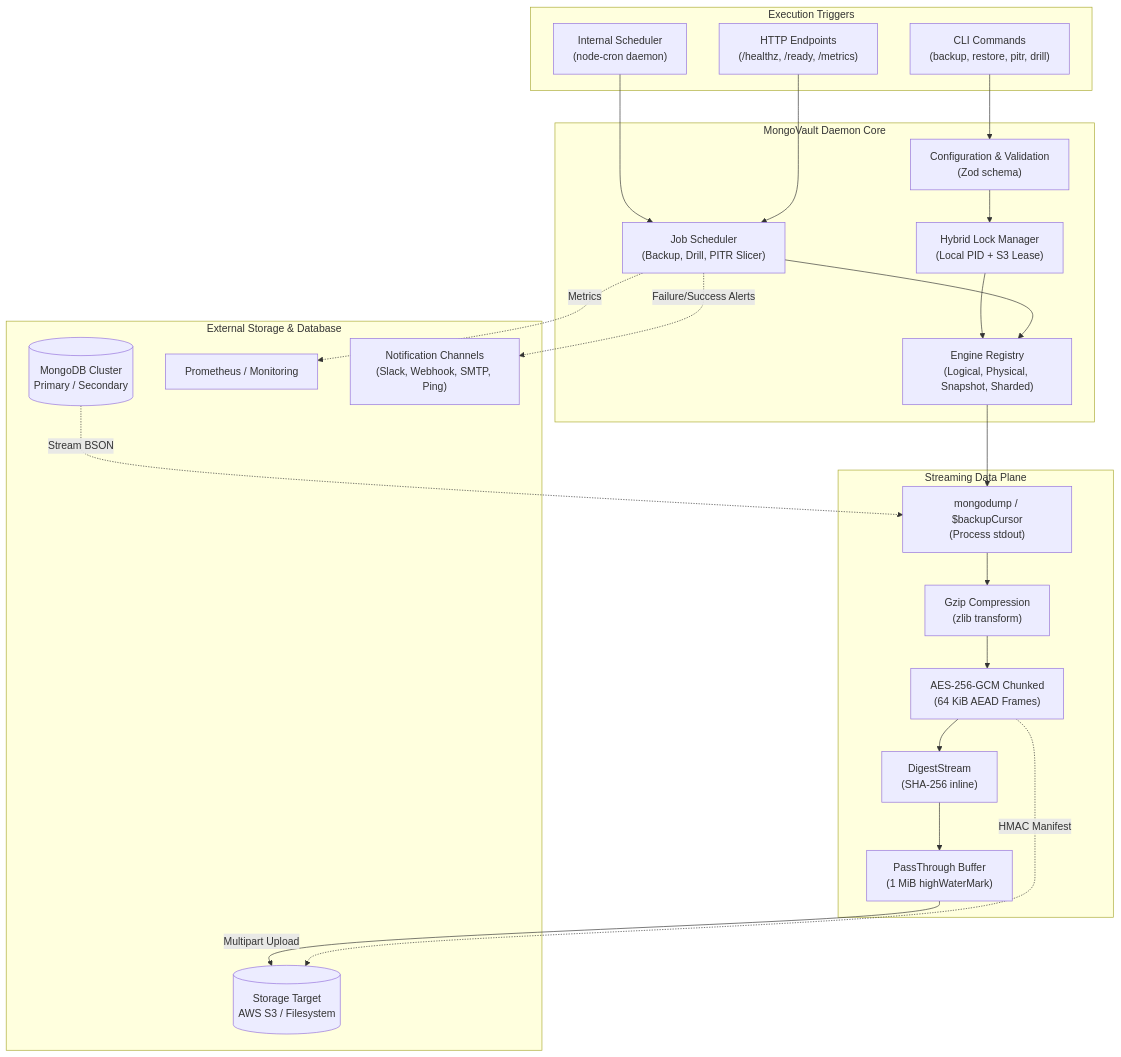
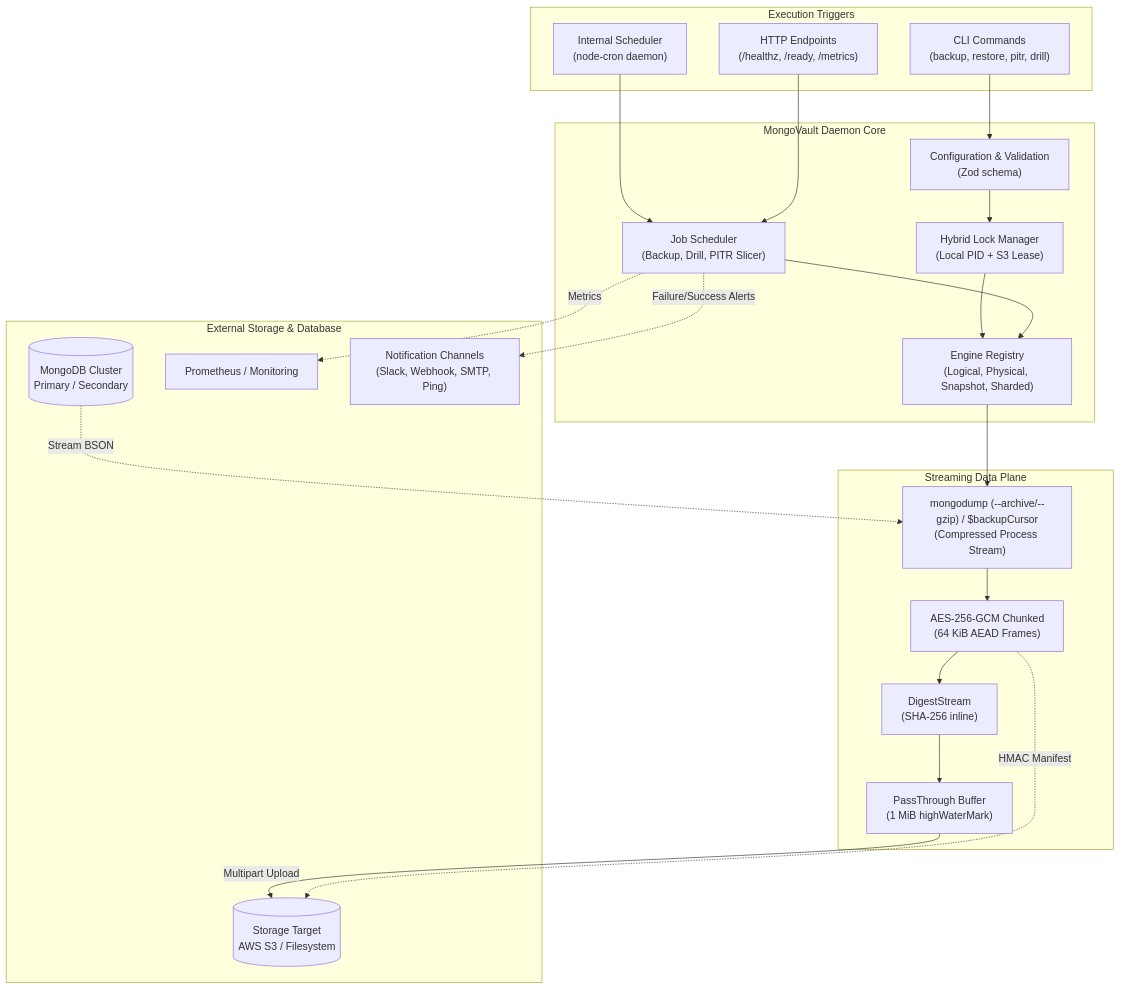
One commit to bhatbazik/MongoVault changed the first of 11 diagrams in README.md. Above: the diagram before and after it, drawn with Mermaid. The commit also changed other lines of this file and 9 other files, not shown here.

Commit message:
refactor: offload gzip compression to mongodump native stream

````diff
--- a/README.md
+++ b/README.md
@@ -190,46 +190,45 @@
 ```mermaid
 flowchart TD
     subgraph Client["Execution Triggers"]
         CLI["CLI Commands\n(backup, restore, pitr, drill)"]
         Cron["Internal Scheduler\n(node-cron daemon)"]
         HTTP["HTTP Endpoints\n(/healthz, /ready, /metrics)"]
     end
 
     subgraph Core["MongoVault Daemon Core"]
         Config["Configuration & Validation\n(Zod schema)"]
         LockMgr["Hybrid Lock Manager\n(Local PID + S3 Lease)"]
         Scheduler["Job Scheduler\n(Backup, Drill, PITR Slicer)"]
         Engines["Engine Registry\n(Logical, Physical, Snapshot, Sharded)"]
     end
 
     subgraph DataPlane["Streaming Data Plane"]
-        Dump["mongodump / $backupCursor\n(Process stdout)"]
-        Gzip["Gzip Compression\n(zlib transform)"]
+        Dump["mongodump (--archive/--gzip) / $backupCursor\n(Compressed Process Stream)"]
         Crypto["AES-256-GCM Chunked\n(64 KiB AEAD Frames)"]
         Digest["DigestStream\n(SHA-256 inline)"]
         PassThrough["PassThrough Buffer\n(1 MiB highWaterMark)"]
     end
 
     subgraph Target["External Storage & Database"]
         MongoDB[(MongoDB Cluster\nPrimary / Secondary)]
         Storage[(Storage Target\nAWS S3 / Filesystem)]
         Prometheus["Prometheus / Monitoring"]
         Alerts["Notification Channels\n(Slack, Webhook, SMTP, Ping)"]
     end
 
     CLI --> Config
     Cron --> Scheduler
     HTTP --> Scheduler
     Config --> LockMgr
     LockMgr --> Engines
     Scheduler --> Engines
 
     Engines --> Dump
     MongoDB -.->|Stream BSON| Dump
-    Dump --> Gzip --> Crypto --> Digest --> PassThrough
+    Dump --> Crypto --> Digest --> PassThrough
     PassThrough -->|Multipart Upload| Storage
 
     Crypto -.->|"HMAC Manifest"| Storage
     Scheduler -.->|Metrics| Prometheus
     Scheduler -.->|"Failure/Success Alerts"| Alerts
 ```
````
